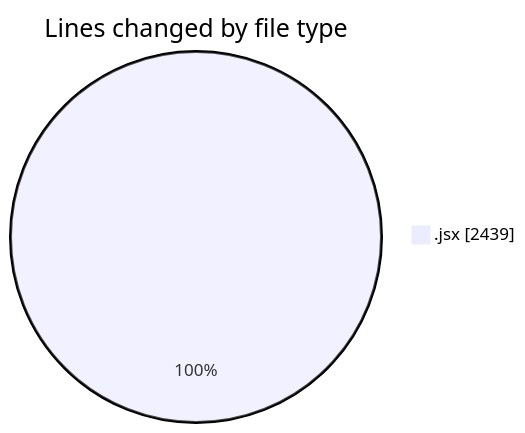
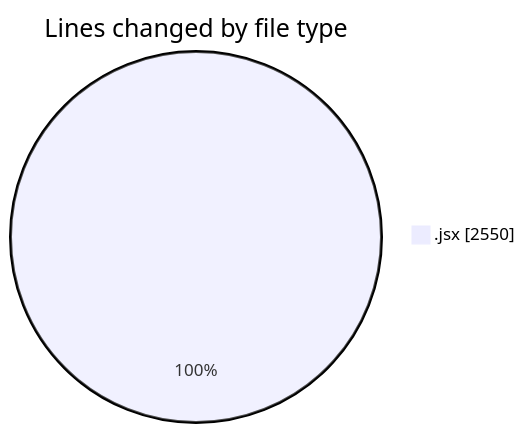
One commit to nxtqubesakshisongat/code-tracking changed the first of 2 diagrams in 2025-05-14/argos-dev/README.md. Above: the diagram before and after it, drawn with Mermaid. The commit also changed other lines of this file and 1 other file, not shown here.

````diff
--- a/2025-05-14/argos-dev/README.md
+++ b/2025-05-14/argos-dev/README.md
@@ -24,5 +24,5 @@
 ```mermaid
 pie showData
 title Lines changed by file type
-".jsx" : 2439
+".jsx" : 2550
 ```
````
